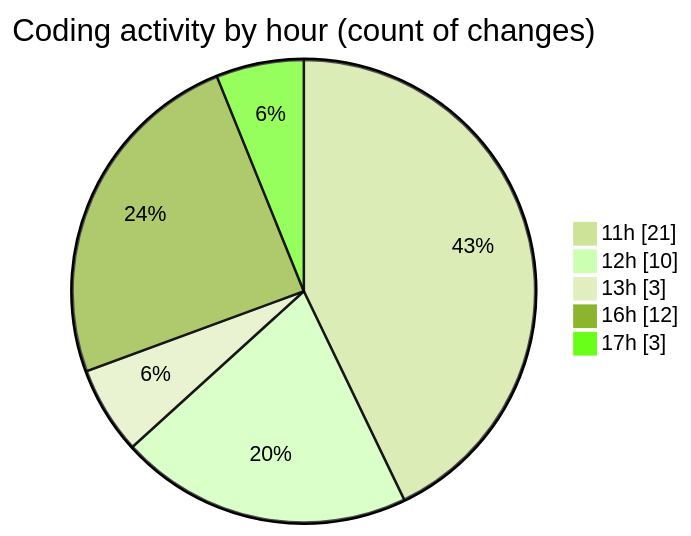
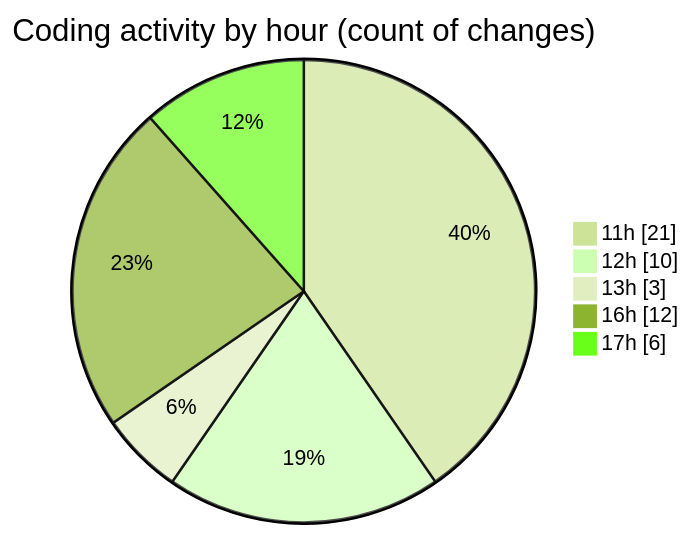
The second of 2 diagrams in 2026-01-13/cda/README.md (momahboobian/code-tracking), drawn with Mermaid (forest theme) before and after one commit. The commit also changed other lines of this file and 1 other file, not shown here.

````diff
--- a/2026-01-13/cda/README.md
+++ b/2026-01-13/cda/README.md
@@ -38,9 +38,9 @@
 ```mermaid
 pie showData
 title Coding activity by hour (count of changes)
 "11h" : 21
 "12h" : 10
 "13h" : 3
 "16h" : 12
-"17h" : 3
+"17h" : 6
 ```
````
